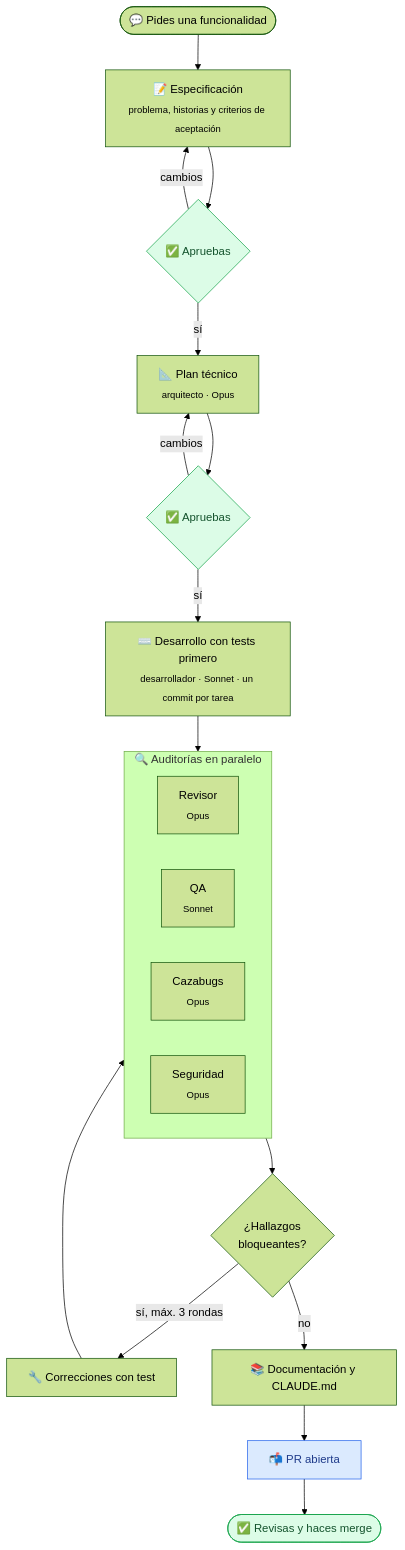
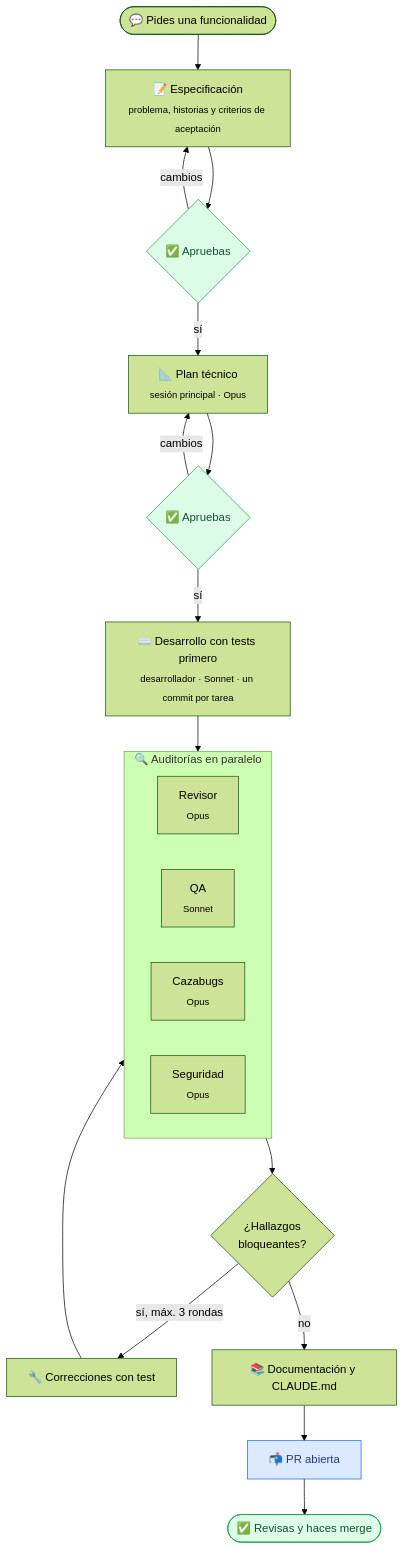
Before and after one commit to davidgarcia11/taller-dev: the diagram in README.md, drawn with Mermaid (forest theme). The commit also changed other lines of this file and 9 other files, not shown here.

Commit message:
refactor(equipo): el plan lo redacta la sesión principal

````diff
--- a/README.md
+++ b/README.md
@@ -54,31 +54,31 @@
 ```mermaid
 flowchart TD
     A([💬 Pides una funcionalidad]) --> B[📝 Especificación<br/><sub>problema, historias y criterios de aceptación</sub>]
     B --> C{✅ Apruebas}
     C -->|cambios| B
-    C -->|sí| D[📐 Plan técnico<br/><sub>arquitecto · Opus</sub>]
+    C -->|sí| D[📐 Plan técnico<br/><sub>sesión principal · Opus</sub>]
     D --> E{✅ Apruebas}
     E -->|cambios| D
     E -->|sí| F[⌨️ Desarrollo con tests primero<br/><sub>desarrollador · Sonnet · un commit por tarea</sub>]
     F --> G
 
     subgraph G [🔍 Auditorías en paralelo]
         direction LR
         G1[Revisor<br/><sub>Opus</sub>]
         G2[QA<br/><sub>Sonnet</sub>]
         G3[Cazabugs<br/><sub>Opus</sub>]
         G4[Seguridad<br/><sub>Opus</sub>]
     end
 
     G --> H{¿Hallazgos<br/>bloqueantes?}
     H -->|sí, máx. 3 rondas| I[🔧 Correcciones con test]
     I --> G
     H -->|no| J[📚 Documentación y CLAUDE.md]
     J --> K[📬 PR abierta]
     K --> L([✅ Revisas y haces merge])
 
     classDef tu fill:#dcfce7,stroke:#16a34a,color:#14532d
     classDef final fill:#dbeafe,stroke:#2563eb,color:#1e3a8a
     class C,E,L tu
     class K final
 ```
````
